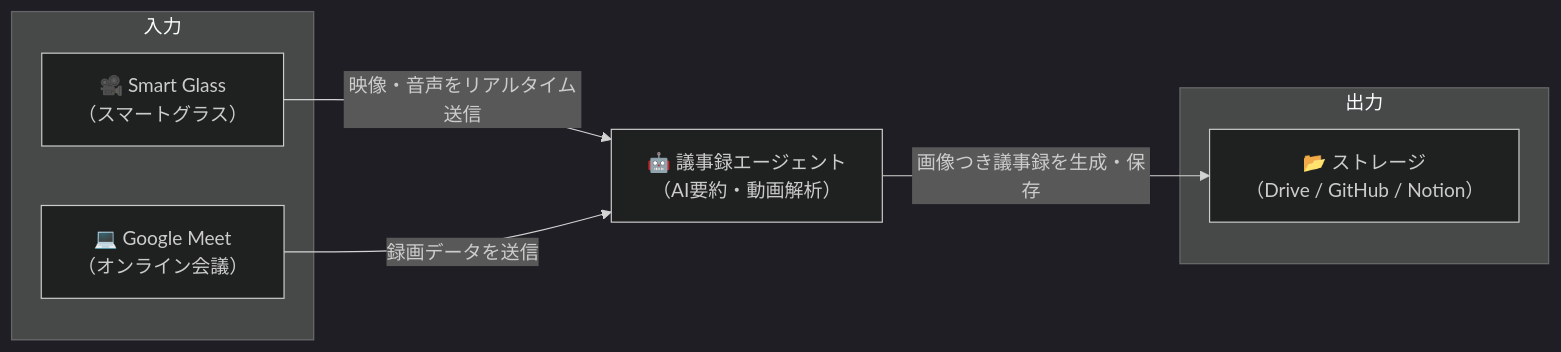
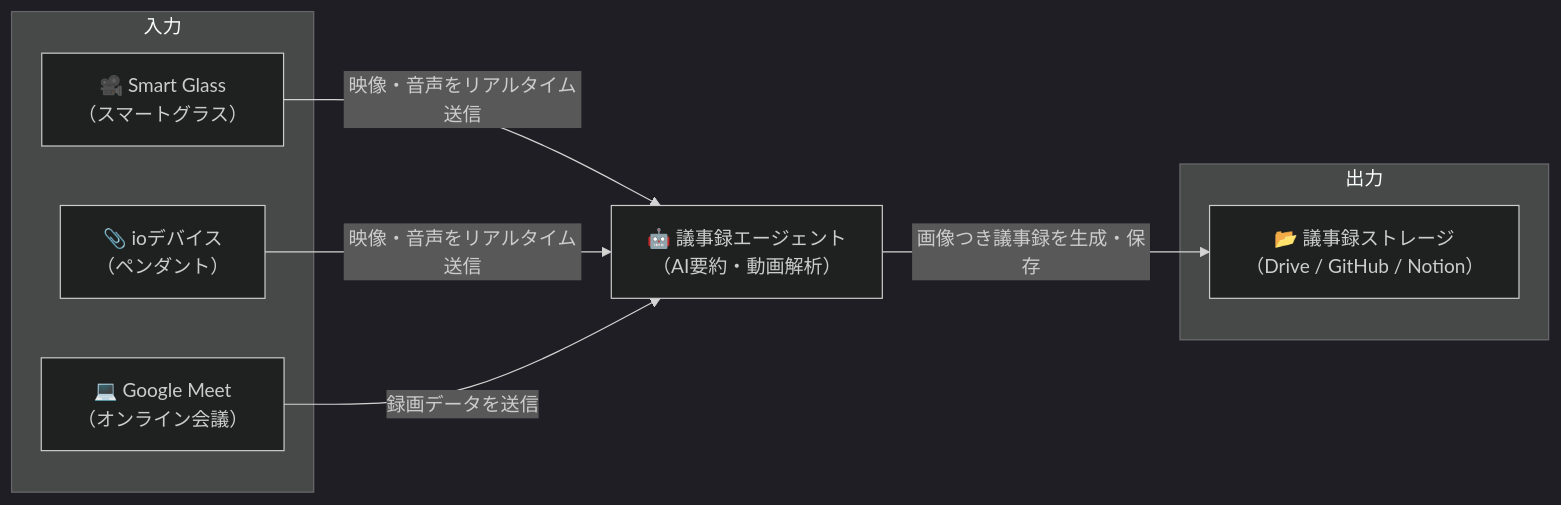
Before and after one commit to supertask/RealworldAgent: the second of 6 diagrams in docs/UML/AGENTS.md, drawn with Mermaid (dark theme). The commit also changed other lines of this file and 8 other files, not shown here.

Commit message:
update agents UML

````diff
--- a/docs/UML/AGENTS.md
+++ b/docs/UML/AGENTS.md
@@ -35,19 +35,20 @@
 ```mermaid
 flowchart LR
     subgraph Input["入力"]
         SG[🎥 Smart Glass<br/>（スマートグラス）]
+        IO[📎 ioデバイス<br/>（ペンダント）]
         GM[💻 Google Meet<br/>（オンライン会議）]
     end
 
     API[🤖 議事録エージェント<br/>（AI要約・動画解析）]
 
     subgraph Output["出力"]
-        Storage[📂 ストレージ<br/>（Drive / GitHub / Notion）]
+        Storage[📂 議事録ストレージ<br/>（Drive / GitHub / Notion）]
     end
 
     %% 動作（矢印上に記載）
     SG -->|"映像・音声をリアルタイム送信"| API
+    IO -->|"映像・音声をリアルタイム送信"| API
     GM -->|"録画データを送信"| API
     API -->|"画像つき議事録を生成・保存"| Storage
-
 ```
````
